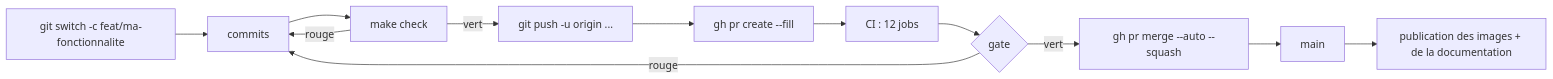
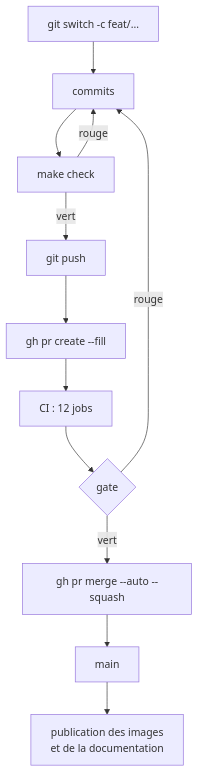
Before and after one commit to kederiku/VetLib: the diagram in documentation/docs/contribuer/workflow-de-contribution.md, drawn with Mermaid. The commit also changed 7 other files, not shown here.

First line of the commit message:
feat(docs): bouton « Agrandir » sur les diagrammes Mermaid (#20)

````diff
--- a/documentation/docs/contribuer/workflow-de-contribution.md
+++ b/documentation/docs/contribuer/workflow-de-contribution.md
@@ -29,14 +29,14 @@
 ```mermaid
-flowchart LR
-  A["git switch -c feat/ma-fonctionnalite"] --> B["commits"]
+flowchart TD
+  A["git switch -c feat/..."] --> B["commits"]
   B --> C["make check"]
   C -->|rouge| B
-  C -->|vert| D["git push -u origin ..."]
+  C -->|vert| D["git push"]
   D --> E["gh pr create --fill"]
   E --> F["CI : 12 jobs"]
   F --> G{"gate"}
   G -->|rouge| B
   G -->|vert| H["gh pr merge --auto --squash"]
   H --> I["main"]
-  I --> J["publication des images + de la documentation"]
+  I --> J["publication des images<br/>et de la documentation"]
 ```
````
